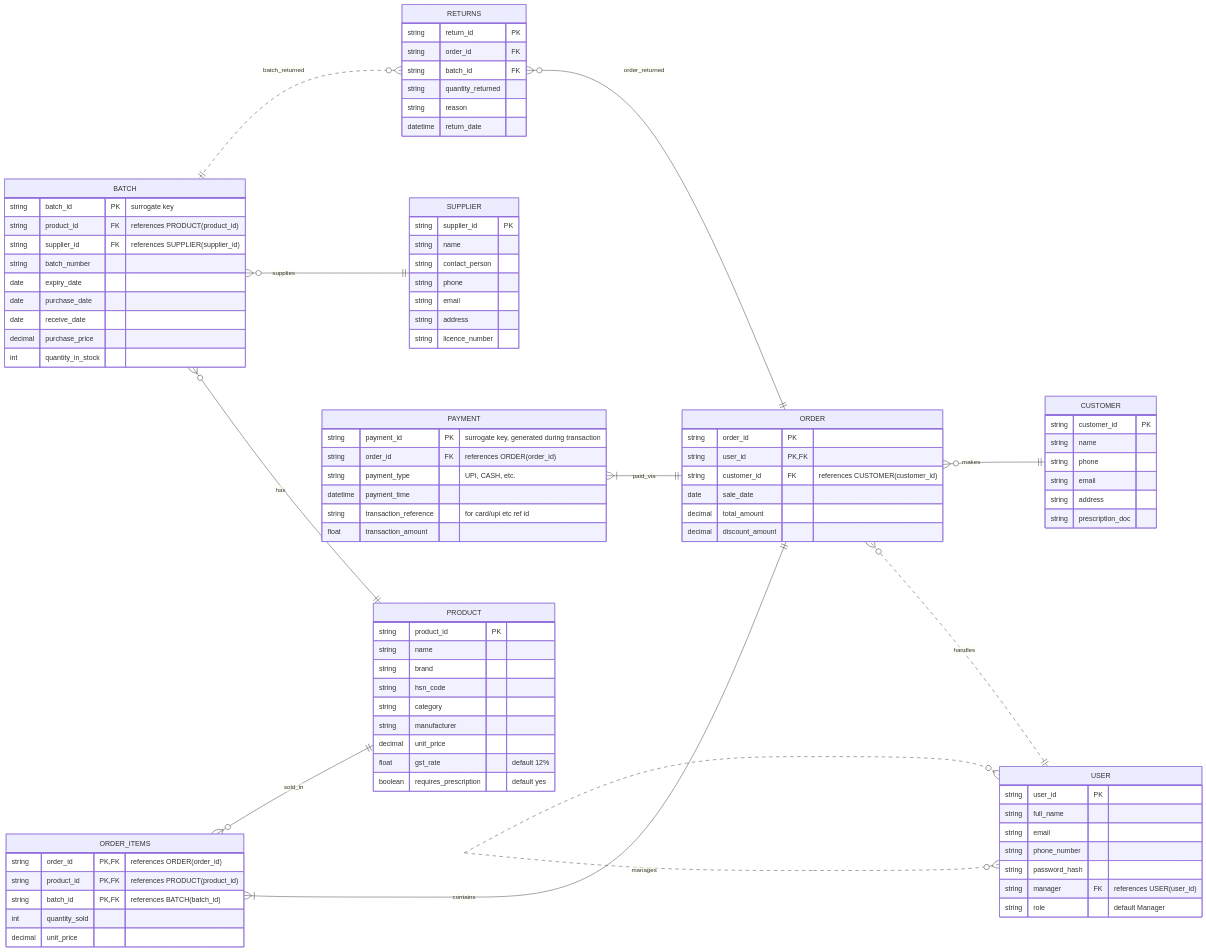
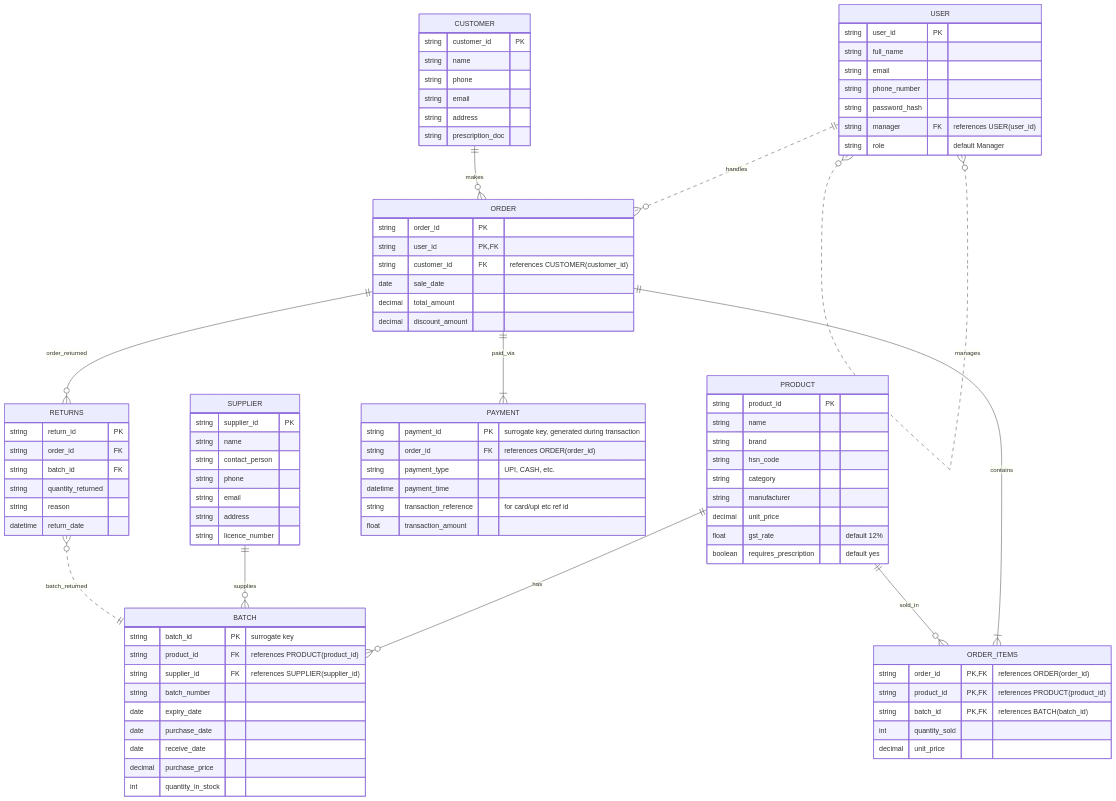
The diagram in ER Diagram version 2.md (MET4L-DS/miniPharma), drawn with Mermaid before and after one commit.

Commit message:
Update ER Diagram version 2.md

````diff
--- a/ER Diagram version 2.md
+++ b/ER Diagram version 2.md
@@ -1,7 +1,5 @@
 ```mermaid
 erDiagram
-    direction BT
-    direction RL
     USER {
     string user_id PK
     string full_name
````
